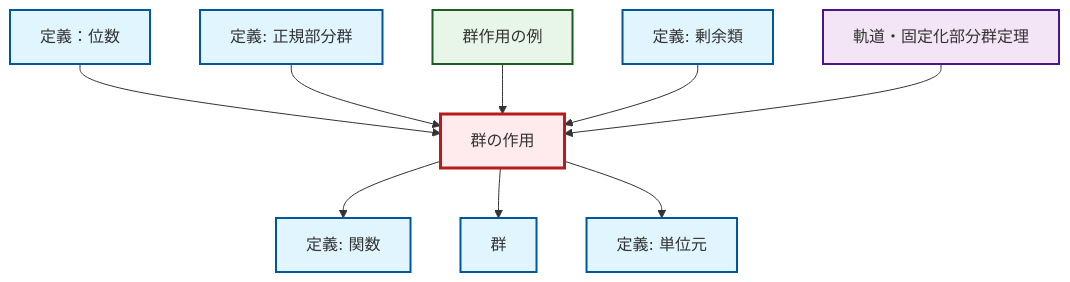
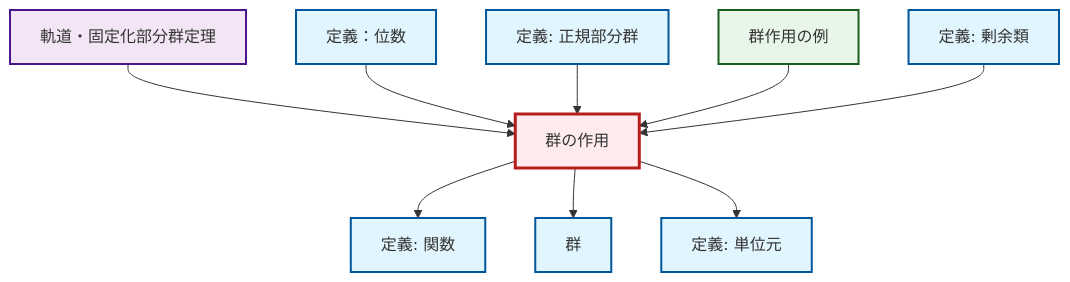
The diagram in content/ja/algebra/def-group-action.qmd (RK0429/ModernMath), drawn with Mermaid before and after one commit. The commit also changed 672 other files, not shown here.

````diff
--- a/content/ja/algebra/def-group-action.qmd
+++ b/content/ja/algebra/def-group-action.qmd
@@ -62,35 +62,35 @@
 ```{mermaid}
-%%| fig-cap: "Local dependency graph"
+%%| fig-cap: "ローカル依存関係グラフ"
 graph TD
     classDef definition fill:#e1f5fe,stroke:#01579b,stroke-width:2px
     classDef theorem fill:#f3e5f5,stroke:#4a148c,stroke-width:2px
     classDef axiom fill:#fff3e0,stroke:#e65100,stroke-width:2px
     classDef example fill:#e8f5e9,stroke:#1b5e20,stroke-width:2px
     classDef current fill:#ffebee,stroke:#b71c1c,stroke-width:3px
+    def-coset["定義: 剰余類"]:::definition
+    def-normal-subgroup["定義: 正規部分群"]:::definition
+    def-order["定義：位数"]:::definition
+    ex-group-action-examples["群作用の例"]:::example
+    def-function["定義: 関数"]:::definition
+    thm-orbit-stabilizer["軌道・固定化部分群定理"]:::theorem
     def-identity-element["定義: 単位元"]:::definition
-    thm-orbit-stabilizer["軌道・固定化部分群定理"]:::theorem
-    def-order["定義：位数"]:::definition
+    def-group["群"]:::definition
     def-group-action["群の作用"]:::definition
-    def-normal-subgroup["定義: 正規部分群"]:::definition
-    def-function["定義: 関数"]:::definition
-    def-coset["定義: 剰余類"]:::definition
-    ex-group-action-examples["群作用の例"]:::example
-    def-group["群"]:::definition
+    thm-orbit-stabilizer --> def-group-action
+    def-order --> def-group-action
     def-group-action --> def-function
-    def-order --> def-group-action
     def-normal-subgroup --> def-group-action
     ex-group-action-examples --> def-group-action
     def-group-action --> def-group
     def-coset --> def-group-action
-    thm-orbit-stabilizer --> def-group-action
     def-group-action --> def-identity-element
     class def-group-action current
+    click def-coset "def-coset.html" "剰余類の定義へ"
+    click def-normal-subgroup "def-normal-subgroup.html" "正規部分群の定義へ"
+    click def-order "def-order.html" "定義：位数へ"
+    click ex-group-action-examples "ex-group-action-examples.html" "群作用の例へ"
+    click def-function "def-function.html" "関数の定義へ"
+    click thm-orbit-stabilizer "thm-orbit-stabilizer.html" "軌道・固定化部分群定理へ"
     click def-identity-element "def-identity-element.html" "単位元の定義へ"
-    click thm-orbit-stabilizer "thm-orbit-stabilizer.html" "軌道・固定化部分群定理へ"
-    click def-order "def-order.html" "定義：位数へ"
-    click def-normal-subgroup "def-normal-subgroup.html" "正規部分群の定義へ"
-    click def-function "def-function.html" "関数の定義へ"
-    click def-coset "def-coset.html" "剰余類の定義へ"
-    click ex-group-action-examples "ex-group-action-examples.html" "群作用の例へ"
     click def-group "def-group.html" "群へ"
 ```
````
